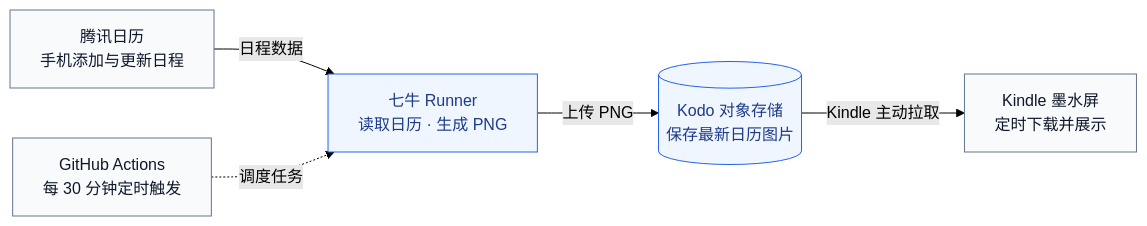
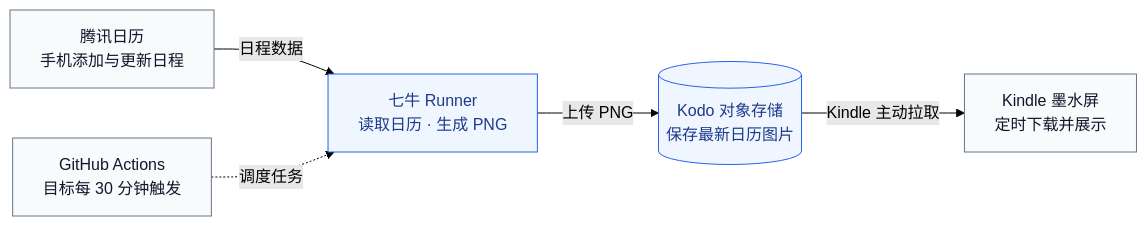
Before and after one commit to cqzqxh/kindle2calendar: the diagram in ARCHITECTURE.md, drawn with Mermaid (forest theme). The commit also changed other lines of this file and 7 other files, not shown here.

````diff
--- a/ARCHITECTURE.md
+++ b/ARCHITECTURE.md
@@ -13,17 +13,17 @@
 ```mermaid
 flowchart LR
     CAL["腾讯日历<br/>手机添加与更新日程"]
-    GH["GitHub Actions<br/>每 30 分钟定时触发"]
+    GH["GitHub Actions<br/>目标每 30 分钟触发"]
     RUN["七牛 Runner<br/>读取日历 · 生成 PNG"]
     KODO[("Kodo 对象存储<br/>保存最新日历图片")]
     KINDLE["Kindle 墨水屏<br/>定时下载并展示"]
 
     CAL -->|"日程数据"| RUN
     GH -.->|"调度任务"| RUN
     RUN -->|"上传 PNG"| KODO
     KODO -->|"Kindle 主动拉取"| KINDLE
 
     classDef default fill:#f8fafc,stroke:#64748b,color:#0f172a;
     classDef qiniu fill:#eff6ff,stroke:#2563eb,color:#1e3a8a;
     class RUN,KODO qiniu;
 ```
````
